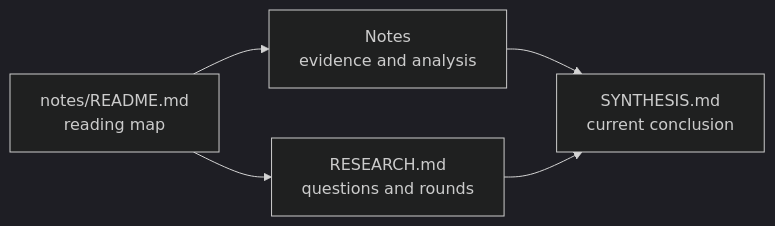
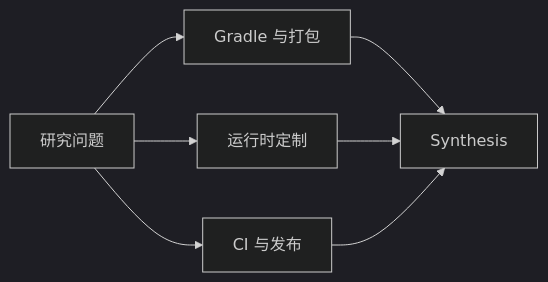
One commit to datafoxlabs/datafox-java-agent changed the diagram in docs/research/active/r-002_splunk-java-agent-architecture/notes/README.md. Above: the diagram before and after it, drawn with Mermaid (dark theme). The commit also changed other lines of this file, not shown here.

Commit message:
docs(research): localize Splunk evidence index

````diff
--- a/docs/research/active/r-002_splunk-java-agent-architecture/notes/README.md
+++ b/docs/research/active/r-002_splunk-java-agent-architecture/notes/README.md
@@ -7,7 +5,9 @@
 ```mermaid
 flowchart LR
-    Index["notes/README.md<br/>reading map"] --> Research["RESEARCH.md<br/>questions and rounds"]
-    Index --> Notes["Notes<br/>evidence and analysis"]
-    Notes --> Synthesis["SYNTHESIS.md<br/>current conclusion"]
-    Research --> Synthesis
+    A["研究问题"] --> B["Gradle 与打包"]
+    A --> C["运行时定制"]
+    A --> D["CI 与发布"]
+    B --> E["Synthesis"]
+    C --> E
+    D --> E
 ```
````
